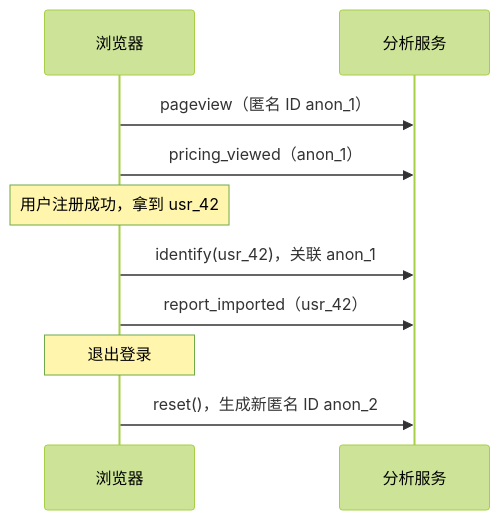
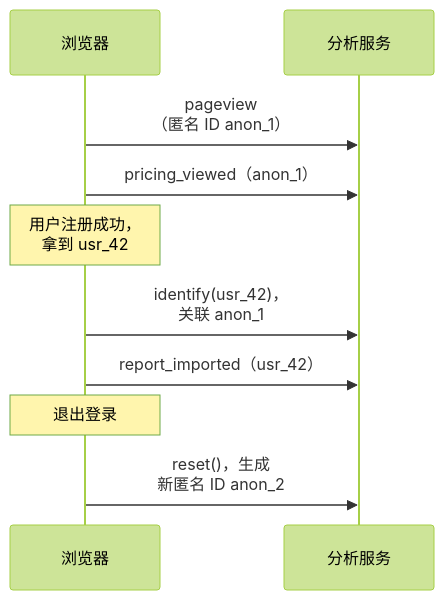
Before and after one commit to jarvis-pro/hatch-shelf: the second of 2 diagrams in books/product-analytics/02-event-design.md, drawn with Mermaid (forest theme). The commit also changed other lines of this file and 432 other files, not shown here.

````diff
--- a/books/product-analytics/02-event-design.md
+++ b/books/product-analytics/02-event-design.md
@@ -123,12 +123,12 @@
 ```mermaid
 sequenceDiagram
     participant B as 浏览器
     participant A as 分析服务
-    B->>A: pageview（匿名 ID anon_1）
+    B->>A: pageview<br/>（匿名 ID anon_1）
     B->>A: pricing_viewed（anon_1）
-    Note over B: 用户注册成功，拿到 usr_42
-    B->>A: identify(usr_42)，关联 anon_1
+    Note over B: 用户注册成功，<br/>拿到 usr_42
+    B->>A: identify(usr_42)，<br/>关联 anon_1
     B->>A: report_imported（usr_42）
     Note over B: 退出登录
-    B->>A: reset()，生成新匿名 ID anon_2
+    B->>A: reset()，生成<br/>新匿名 ID anon_2
 ```
````
